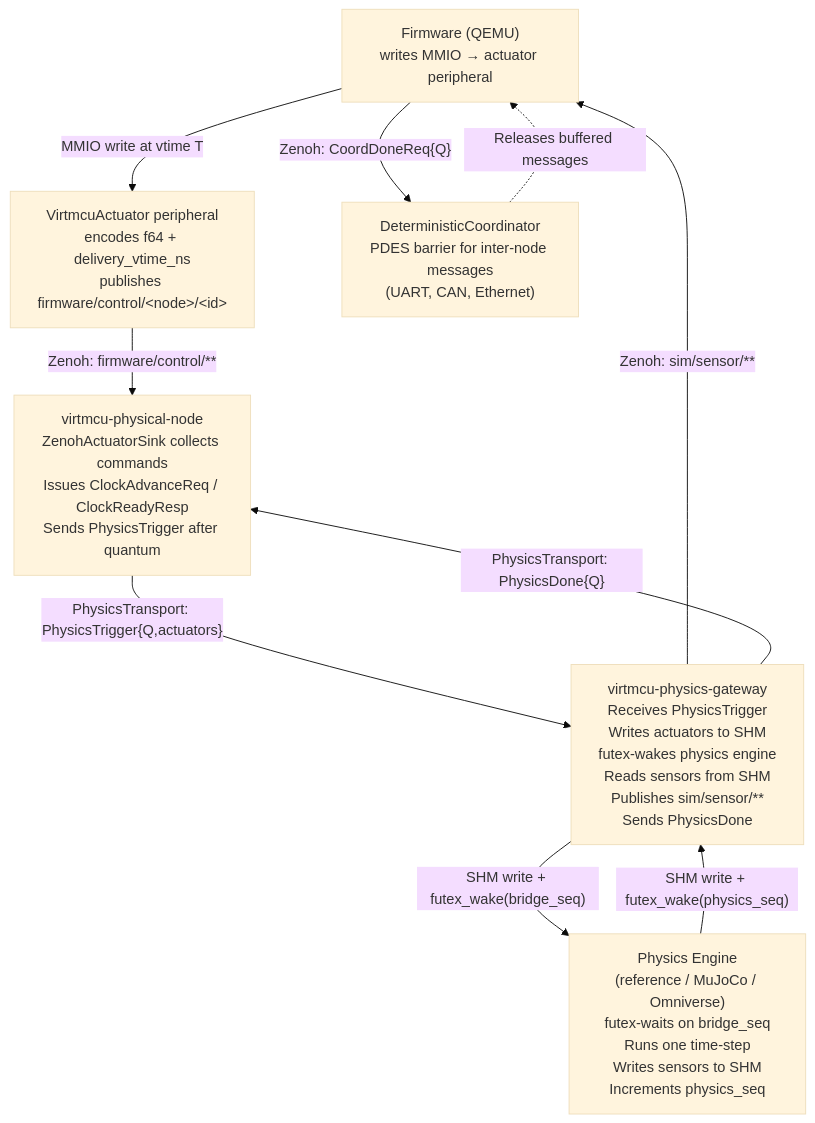
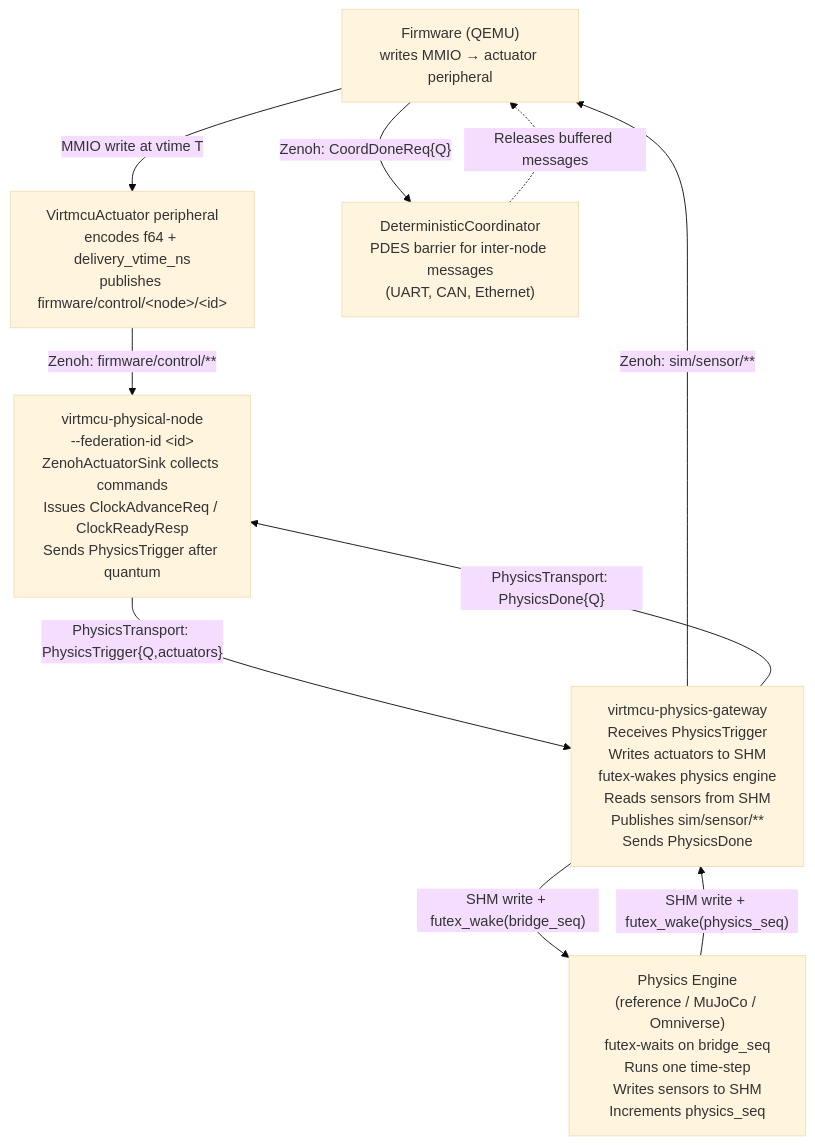
Before and after one commit to RefractSystems/qenode: the first of 3 diagrams in docs/architecture/12-physics-gateway.md, drawn with Mermaid (base theme). The commit also changed 9 other files, not shown here.

````diff
--- a/docs/architecture/12-physics-gateway.md
+++ b/docs/architecture/12-physics-gateway.md
@@ -66,19 +66,19 @@
 ```mermaid
 graph TD
     FW["Firmware (QEMU)<br/>writes MMIO → actuator peripheral"]
     ACT["VirtmcuActuator peripheral<br/>encodes f64 + delivery_vtime_ns<br/>publishes firmware/control/&lt;node&gt;/&lt;id&gt;"]
-    PN["virtmcu-physical-node<br/>ZenohActuatorSink collects commands<br/>Issues ClockAdvanceReq / ClockReadyResp<br/>Sends PhysicsTrigger after quantum"]
+    PN["virtmcu-physical-node<br/>--federation-id &lt;id&gt;<br/>ZenohActuatorSink collects commands<br/>Issues ClockAdvanceReq / ClockReadyResp<br/>Sends PhysicsTrigger after quantum"]
     GW["virtmcu-physics-gateway<br/>Receives PhysicsTrigger<br/>Writes actuators to SHM<br/>futex-wakes physics engine<br/>Reads sensors from SHM<br/>Publishes sim/sensor/**<br/>Sends PhysicsDone"]
     PE["Physics Engine<br/>(reference / MuJoCo / Omniverse)<br/>futex-waits on bridge_seq<br/>Runs one time-step<br/>Writes sensors to SHM<br/>Increments physics_seq"]
     COORD["DeterministicCoordinator<br/>PDES barrier for inter-node messages<br/>(UART, CAN, Ethernet)"]
 
     FW -->|"MMIO write at vtime T"| ACT
     ACT -->|"Zenoh: firmware/control/**"| PN
     PN -->|"PhysicsTransport: PhysicsTrigger{Q,actuators}"| GW
     GW -->|"SHM write + futex_wake(bridge_seq)"| PE
     PE -->|"SHM write + futex_wake(physics_seq)"| GW
     GW -->|"Zenoh: sim/sensor/**"| FW
     GW -->|"PhysicsTransport: PhysicsDone{Q}"| PN
     FW -->|"Zenoh: CoordDoneReq{Q}"| COORD
     COORD -.->|"Releases buffered messages"| FW
 ```
````
